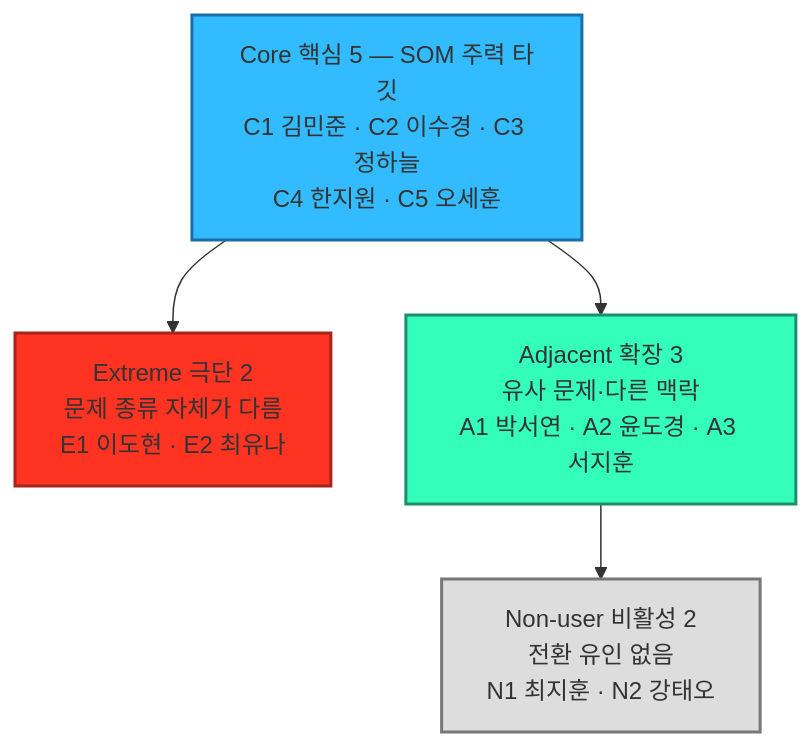
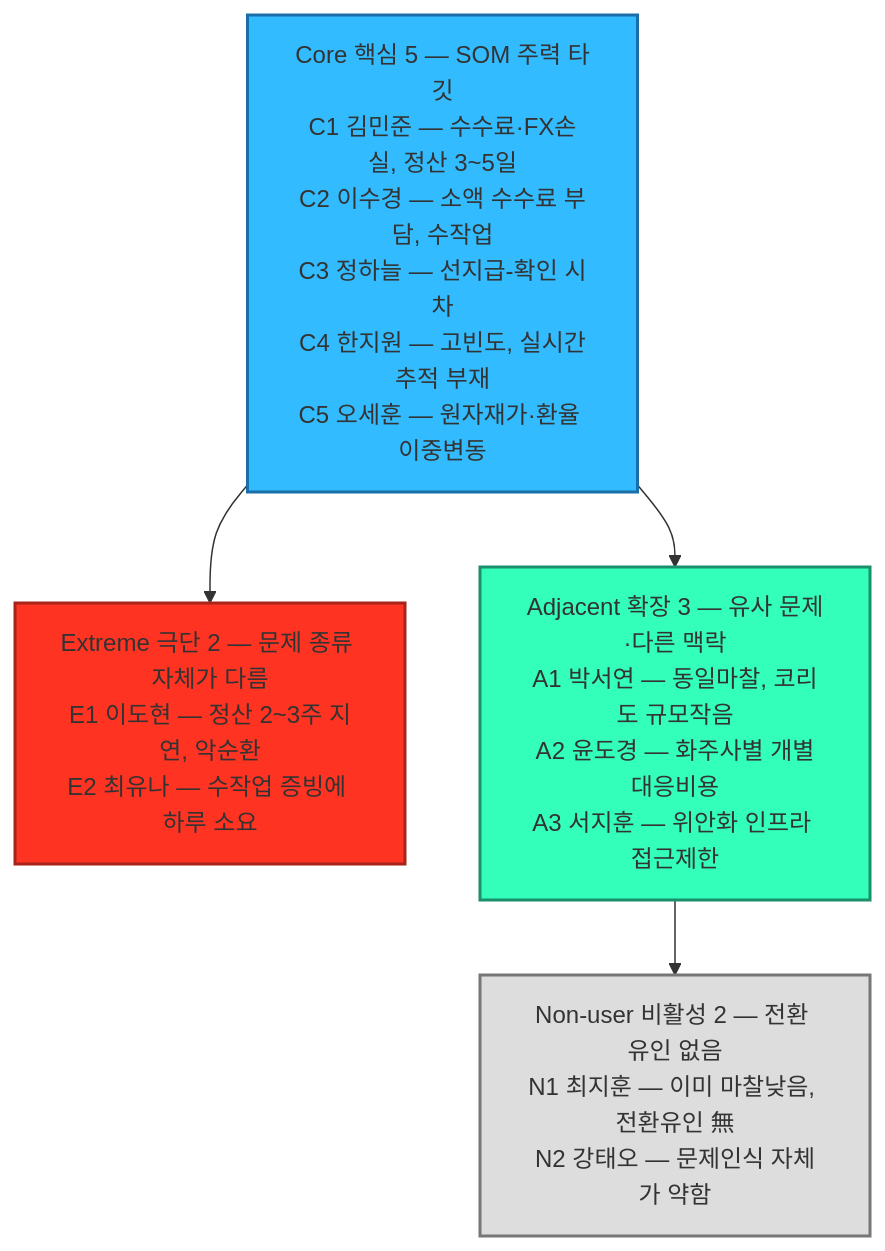
The first of 2 diagrams in 05_페르소나_고객여정지도/01_페르소나스펙트럼_분석보고서.md (jennie-brain/business-analysis-frameworks), drawn with Mermaid before and after one commit. The commit also changed other lines of this file, not shown here.

Commit message:
1단계 차트에 이름별 문제 키워드 추가
이름만으로는 누가 어떤 문제를 겪는지 알 수 없어, 각 구성원 옆에
핵심 문제를 짧은 키워드로 병기한다.

````diff
--- a/05_페르소나_고객여정지도/01_페르소나스펙트럼_분석보고서.md
+++ b/05_페르소나_고객여정지도/01_페르소나스펙트럼_분석보고서.md
@@ -56,16 +56,16 @@
 ```mermaid
 flowchart TB
-    CORE["Core 핵심 5 — SOM 주력 타깃<br/>C1 김민준 · C2 이수경 · C3 정하늘<br/>C4 한지원 · C5 오세훈"]
-    EXT["Extreme 극단 2<br/>문제 종류 자체가 다름<br/>E1 이도현 · E2 최유나"]
-    ADJ["Adjacent 확장 3<br/>유사 문제·다른 맥락<br/>A1 박서연 · A2 윤도경 · A3 서지훈"]
-    NON["Non-user 비활성 2<br/>전환 유인 없음<br/>N1 최지훈 · N2 강태오"]
+    CORE["Core 핵심 5 — SOM 주력 타깃<br/>C1 김민준 — 수수료·FX손실, 정산 3~5일<br/>C2 이수경 — 소액 수수료 부담, 수작업<br/>C3 정하늘 — 선지급-확인 시차<br/>C4 한지원 — 고빈도, 실시간추적 부재<br/>C5 오세훈 — 원자재가·환율 이중변동"]
+    EXT["Extreme 극단 2 — 문제 종류 자체가 다름<br/>E1 이도현 — 정산 2~3주 지연, 악순환<br/>E2 최유나 — 수작업 증빙에 하루 소요"]
+    ADJ["Adjacent 확장 3 — 유사 문제·다른 맥락<br/>A1 박서연 — 동일마찰, 코리도 규모작음<br/>A2 윤도경 — 화주사별 개별대응비용<br/>A3 서지훈 — 위안화 인프라 접근제한"]
+    NON["Non-user 비활성 2 — 전환 유인 없음<br/>N1 최지훈 — 이미 마찰낮음, 전환유인 無<br/>N2 강태오 — 문제인식 자체가 약함"]
 
     CORE --> EXT
     CORE --> ADJ
     ADJ --> NON
 
     style CORE fill:#33BBFF,stroke:#1b6fa8,stroke-width:2px
     style EXT fill:#FF3322,stroke:#a8241b,stroke-width:2px
     style ADJ fill:#33FFBB,stroke:#1b8f6b,stroke-width:2px
     style NON fill:#DDDDDD,stroke:#777777,stroke-width:2px
 ```
````
